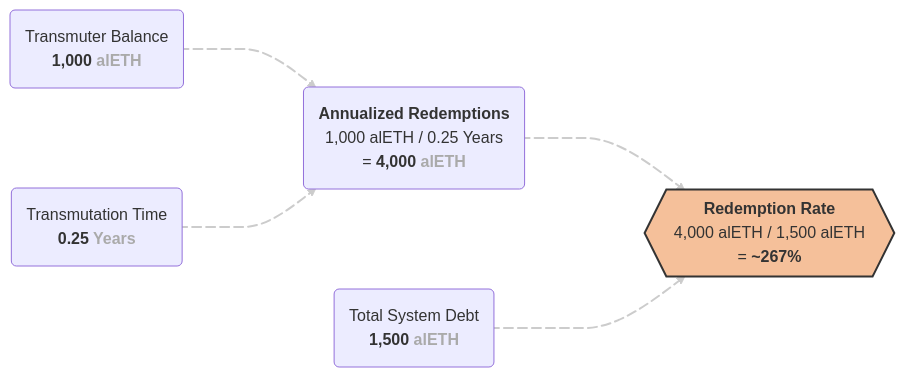
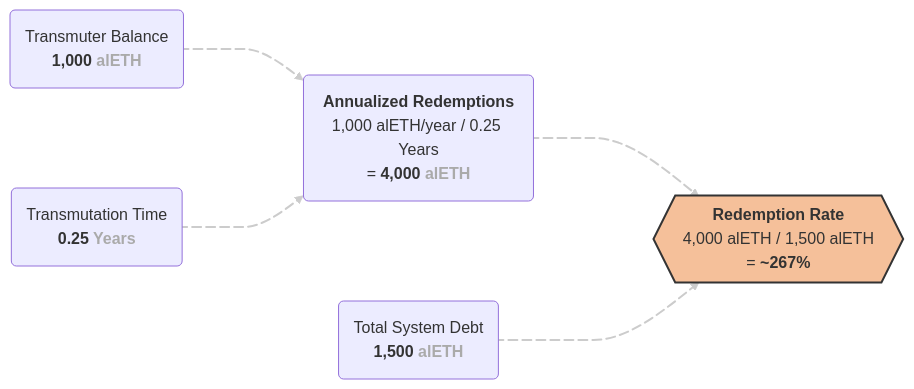
One commit to alchemix-finance/alchemix-v3-docs changed the second of 3 diagrams in docs/user/concepts/redemption-rate.md. Above: the diagram before and after it, drawn with Mermaid.

Commit message:
year designation to redemption rate formula

````diff
--- a/docs/user/concepts/redemption-rate.md
+++ b/docs/user/concepts/redemption-rate.md
@@ -77,31 +77,31 @@
 ```mermaid
 %%{init: {
   'themeVariables': { 'fontFamily': 'Montserrat'},
   'flowchart': {
       'curve': 'monotoneX',
       'nodeSpacing': 100,
       'rankSpacing': 120
   }
 }}%%
 flowchart LR
     %% Nodes
     A(Transmuter Balance<br/><b>1,000 <span style='color:#aaa'>alETH</span></b>)
     B(Transmutation Time<br/><b>0.25 <span style='color:#aaa'>Years</span></b>)
     C(Total System Debt<br/><b>1,500 <span style='color:#aaa'>alETH</span></b>)
-    D(<b>Annualized Redemptions</b><br/>1,000 alETH / 0.25 Years<br/>= <b>4,000 <span style='color:#aaa'>alETH</span></b>)
+    D(<b>Annualized Redemptions</b><br/>1,000 alETH/year / 0.25 Years<br/>= <b>4,000 <span style='color:#aaa'>alETH</span></b>)
     E{{<b>Redemption Rate</b><br/>4,000 alETH / 1,500 alETH<br/>= <b>~267%</b>}}
 
     %% Logic
     A e1@--> D
     B e2@--> D
     D e3@==> E
     C e4@--> E
 
     %% Styling / Ani
     style E fill:#f5c09a,stroke:#333,stroke-width:2px,color:#333
     linkStyle 0,1,2,3 stroke:#ccc,stroke-width:2px,color:#ccc
     e1@{ animation: slow }
     e2@{ animation: slow }
     e3@{ animation: fast }
     e4@{ animation: slow }
 ```
````
